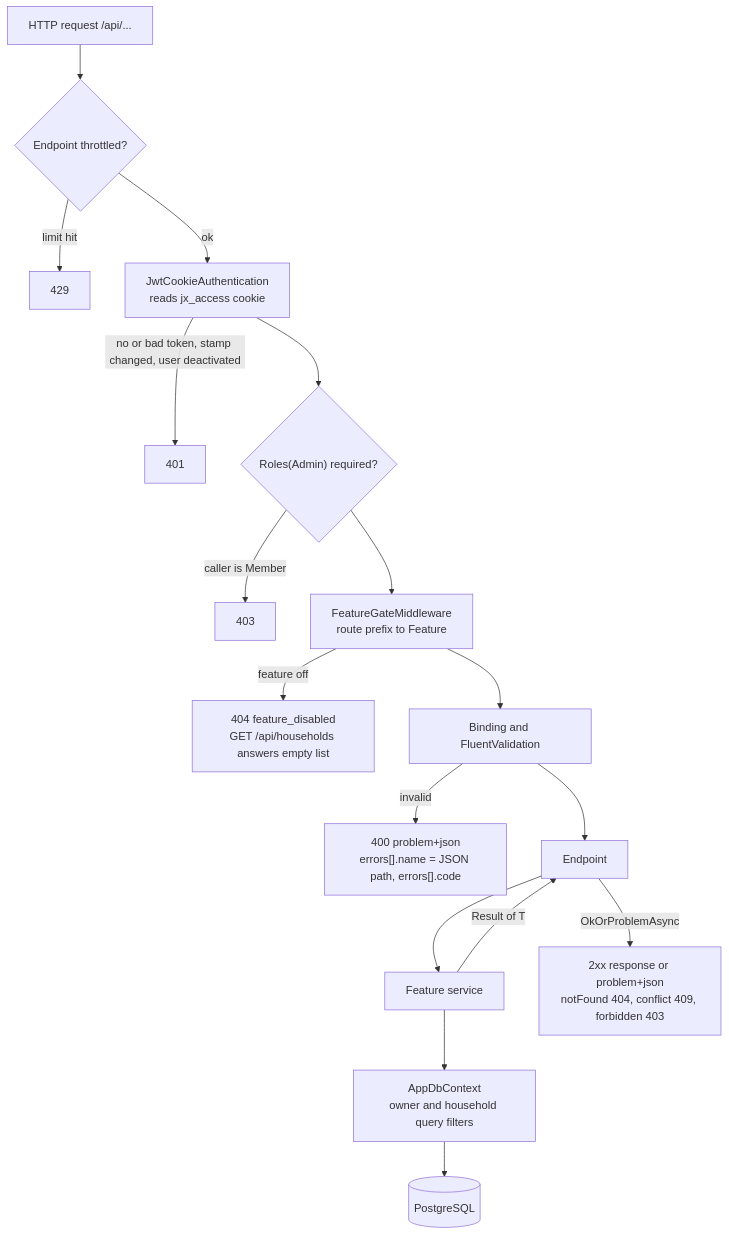
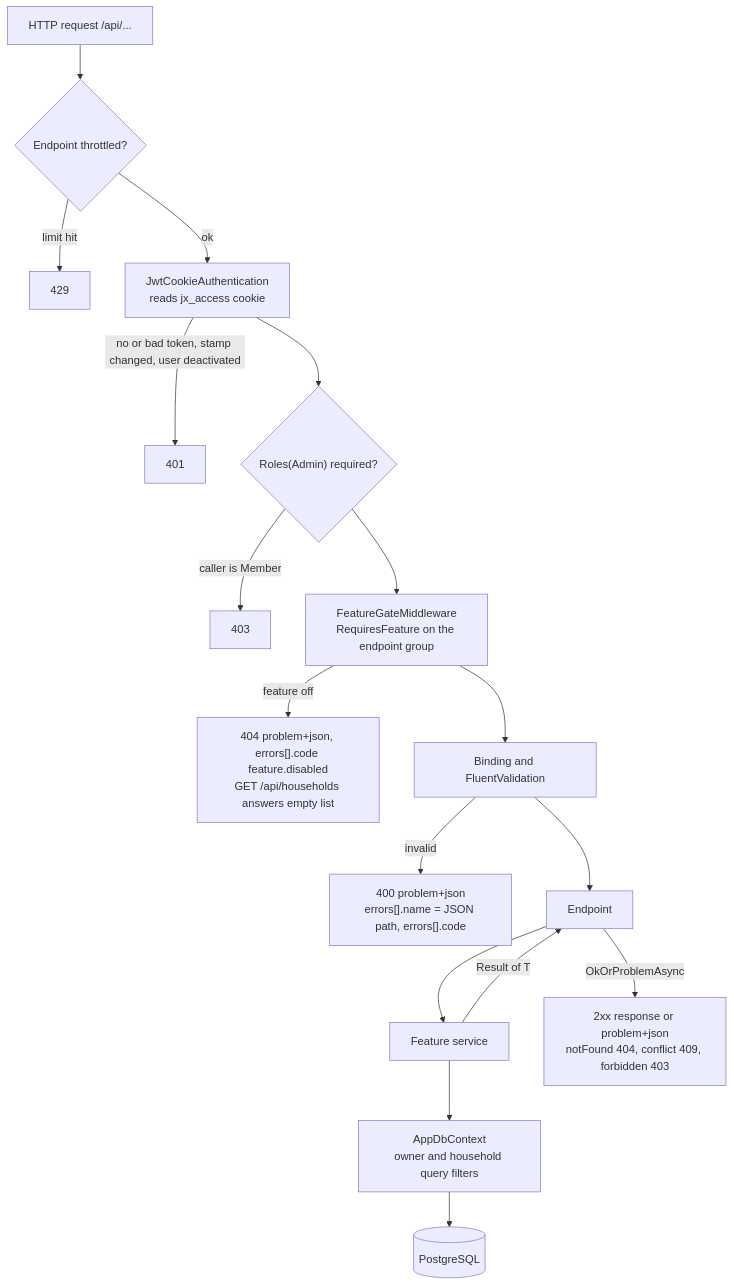
The second of 4 diagrams in docs/features/00. System overview.md (Justxs/Jx-Finance), drawn with Mermaid before and after one commit. The commit also changed 30 other files, not shown here.

First line of the commit message:
refactor(backend): gate features by endpoint group metadata and write middleware errors as endpoint problems

````diff
--- a/docs/features/00. System overview.md
+++ b/docs/features/00. System overview.md
@@ -27,19 +27,19 @@
 ```mermaid
 flowchart TD
     Req["HTTP request /api/..."] --> Throttle{"Endpoint throttled?"}
     Throttle -->|"limit hit"| R429["429"]
     Throttle -->|"ok"| Auth["JwtCookieAuthentication<br/>reads jx_access cookie"]
     Auth -->|"no or bad token, stamp changed, user deactivated"| R401["401"]
     Auth --> Role{"Roles(Admin) required?"}
     Role -->|"caller is Member"| R403["403"]
-    Role --> Gate["FeatureGateMiddleware<br/>route prefix to Feature"]
-    Gate -->|"feature off"| R404F["404 feature_disabled<br/>GET /api/households answers empty list"]
+    Role --> Gate["FeatureGateMiddleware<br/>RequiresFeature on the endpoint group"]
+    Gate -->|"feature off"| R404F["404 problem+json, errors[].code feature.disabled<br/>GET /api/households answers empty list"]
     Gate --> Bind["Binding and FluentValidation"]
     Bind -->|"invalid"| R400["400 problem+json<br/>errors[].name = JSON path, errors[].code"]
     Bind --> Endpoint["Endpoint"]
     Endpoint --> Service["Feature service"]
     Service --> Ctx["AppDbContext<br/>owner and household query filters"]
     Ctx --> Db[("PostgreSQL")]
     Service -->|"Result of T"| Endpoint
     Endpoint -->|"OkOrProblemAsync"| Resp["2xx response or problem+json<br/>notFound 404, conflict 409, forbidden 403"]
 ```
````
